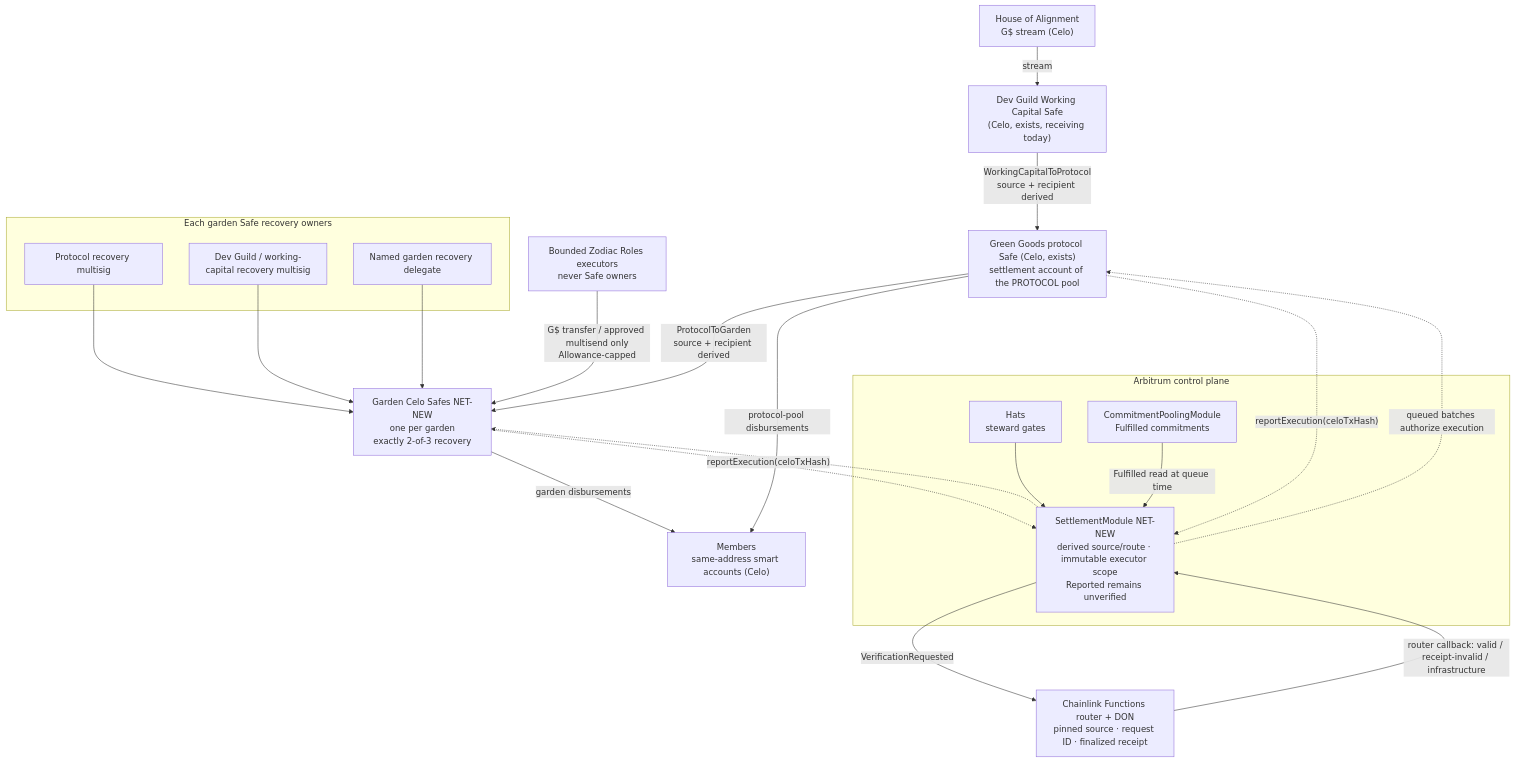
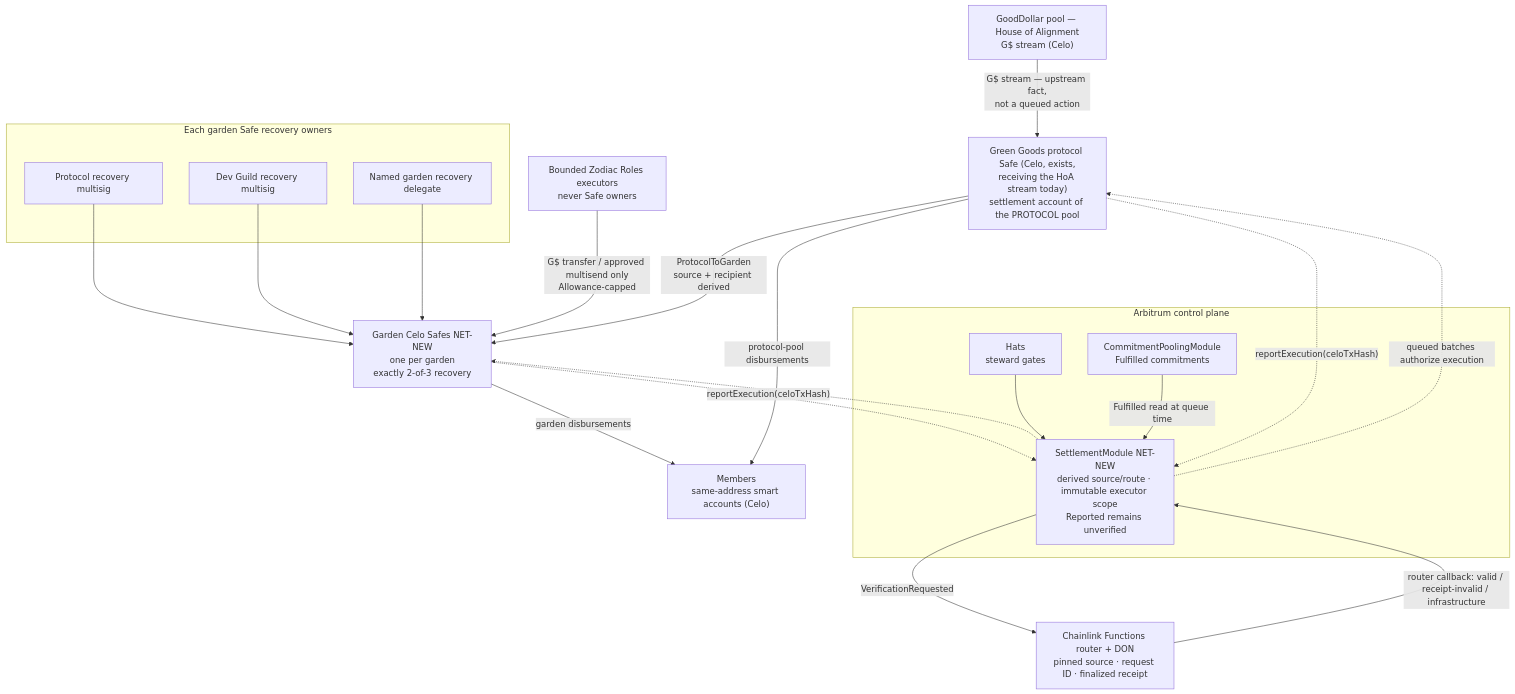
Diagram 13 of 18 in .plans/active/commitment-pooling/diagrams.md (greenpill-dev-guild/green-goods), drawn with Mermaid before and after one commit. The commit also changed other lines of this file and 20 other files, not shown here.

````diff
--- a/.plans/active/commitment-pooling/diagrams.md
+++ b/.plans/active/commitment-pooling/diagrams.md
@@ -542,41 +652,39 @@
 ```mermaid
 flowchart TD
-  HOA["House of Alignment<br/>G$ stream (Celo)"]
-  WC["Dev Guild Working Capital Safe<br/>(Celo, exists, receiving today)"]
-  GG["Green Goods protocol Safe (Celo, exists)<br/>settlement account of the PROTOCOL pool"]
+  HOA["GoodDollar pool — House of Alignment<br/>G$ stream (Celo)"]
+  GG["Green Goods protocol Safe (Celo, exists,<br/>receiving the HoA stream today)<br/>settlement account of the PROTOCOL pool"]
   GS["Garden Celo Safes NET-NEW<br/>one per garden<br/>exactly 2-of-3 recovery"]
   MEM["Members<br/>same-address smart accounts (Celo)"]
 
   subgraph OWN["Each garden Safe recovery owners"]
     PM["Protocol recovery multisig"]
-    DM["Dev Guild / working-capital recovery multisig"]
+    DM["Dev Guild recovery multisig"]
     GR["Named garden recovery delegate"]
   end
   EX["Bounded Zodiac Roles executors<br/>never Safe owners"]
 
   subgraph ARB["Arbitrum control plane"]
     HATS["Hats<br/>steward gates"]
     CPM2["CommitmentPoolingModule<br/>Fulfilled commitments"]
     SM["SettlementModule NET-NEW<br/>derived source/route · immutable executor scope<br/>Reported remains unverified"]
   end
   CL["Chainlink Functions router + DON<br/>pinned source · request ID · finalized receipt"]
 
-  HOA -->|stream| WC
-  WC -->|"WorkingCapitalToProtocol<br/>source + recipient derived"| GG
+  HOA -->|"G$ stream — upstream fact,<br/>not a queued action"| GG
   GG -->|"ProtocolToGarden<br/>source + recipient derived"| GS
   GG -->|"protocol-pool disbursements"| MEM
   GS -->|"garden disbursements"| MEM
 
   HATS --> SM
   CPM2 -->|"Fulfilled read at queue time"| SM
   SM -. "queued batches authorize execution" .-> GG
   SM -. " " .-> GS
   GG -. "reportExecution(celoTxHash)" .-> SM
   GS -. "reportExecution(celoTxHash)" .-> SM
   SM -->|"VerificationRequested"| CL
   CL -->|"router callback: valid / receipt-invalid / infrastructure"| SM
   PM --> GS
   DM --> GS
   GR --> GS
   EX -->|"G$ transfer / approved multisend only<br/>Allowance-capped"| GS
 ```
````
